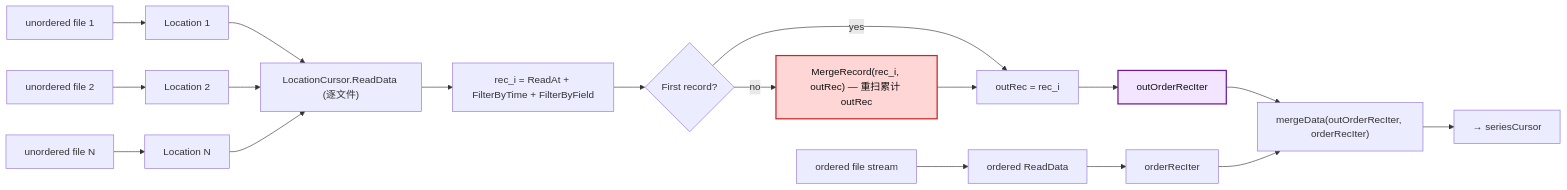
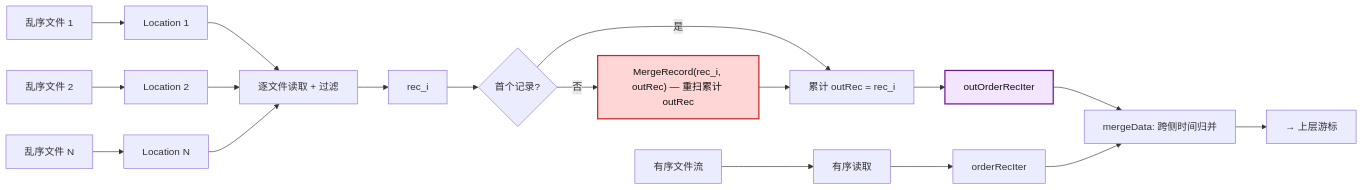
Before and after one commit to zhiwangdu/openGemini: the first of 5 diagrams in tsmMergeCursor_unordered_merge_proposal.md, drawn with Mermaid. The commit also changed other lines of this file and 3 other files, not shown here.

````diff
--- a/tsmMergeCursor_unordered_merge_proposal.md
+++ b/tsmMergeCursor_unordered_merge_proposal.md
@@ -85,27 +53,27 @@
 ```mermaid
 flowchart LR
-    U1["unordered file 1"] --> L1["Location 1"]
-    U2["unordered file 2"] --> L2["Location 2"]
-    UN["unordered file N"] --> LN["Location N"]
+    U1["乱序文件 1"] --> L1["Location 1"]
+    U2["乱序文件 2"] --> L2["Location 2"]
+    UN["乱序文件 N"] --> LN["Location N"]
 
-    L1 --> C["LocationCursor.ReadData (逐文件)"]
+    L1 --> C["逐文件读取 + 过滤"]
     L2 --> C
     LN --> C
-    C --> R1["rec_i = ReadAt + FilterByTime + FilterByField"]
-    R1 --> M1{"First record?"}
-    M1 -- "yes" --> O["outRec = rec_i"]
-    M1 -- "no" --> M2["MergeRecord(rec_i, outRec) — 重扫累计 outRec"]
+    C --> R1["rec_i"]
+    R1 --> M1{"首个记录?"}
+    M1 -- "是" --> O["累计 outRec = rec_i"]
+    M1 -- "否" --> M2["MergeRecord(rec_i, outRec) — 重扫累计 outRec"]
     M2 --> O
     O --> I["outOrderRecIter"]
 
-    OF["ordered file stream"] --> OC["ordered ReadData"]
+    OF["有序文件流"] --> OC["有序读取"]
     OC --> OR["orderRecIter"]
-    I --> MD["mergeData(outOrderRecIter, orderRecIter)"]
+    I --> MD["mergeData: 跨侧时间归并"]
     OR --> MD
-    MD --> OUT["→ seriesCursor"]
+    MD --> OUT["→ 上层游标"]
 
     M2:::hot
     I:::mem
     classDef hot fill:#ffd6d6,stroke:#c62828,stroke-width:2px,color:#111;
     classDef mem fill:#f3e5ff,stroke:#6a1b9a,stroke-width:2px,color:#111;
 ```
````
